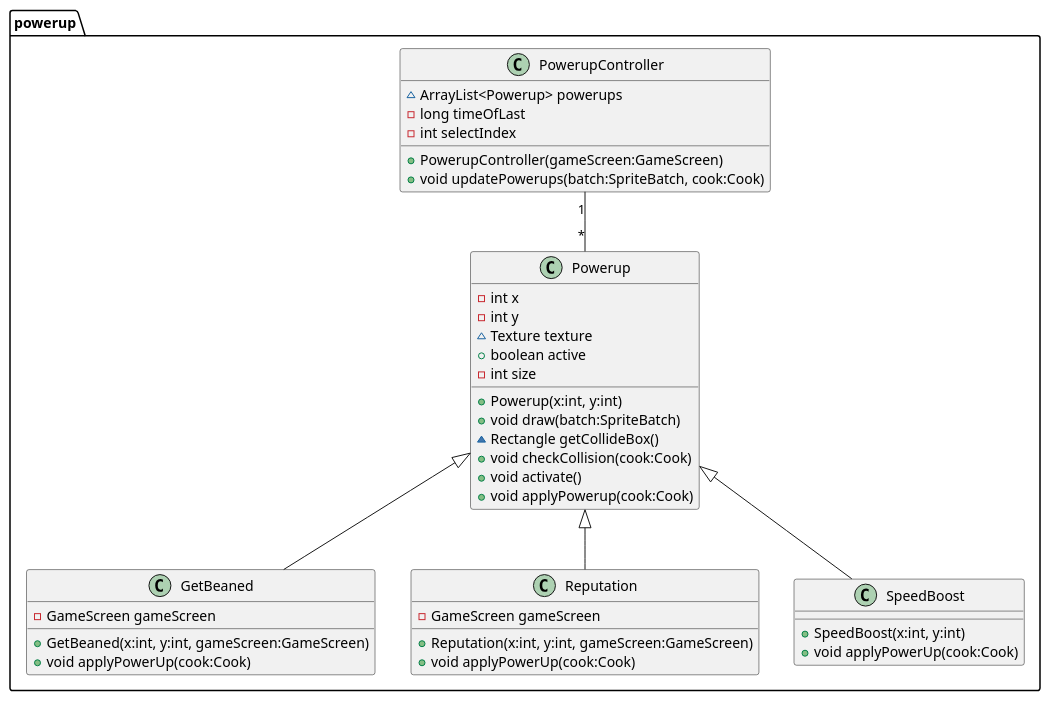
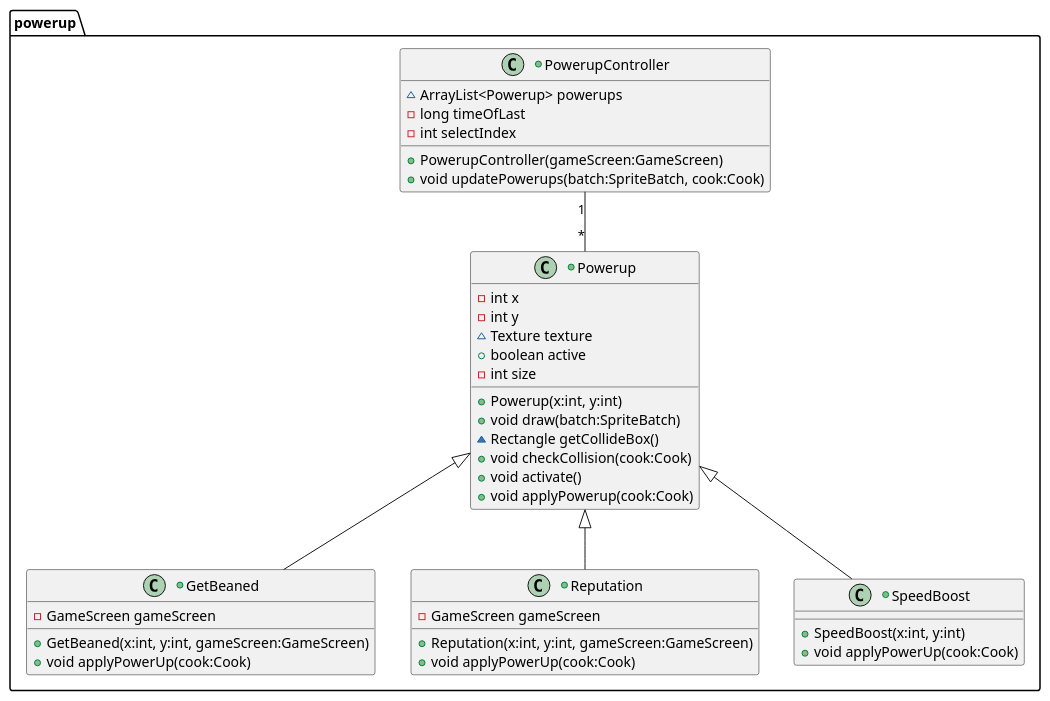
The diagram in UMLDiagrams/powerup_package.puml (decassociation/project_eng1_team3), drawn with PlantUML before and after one commit. The commit also changed 2 other files, not shown here.

Commit message:
Class diagrams are near enough finished. Just need checking over and the STATE enum in food_and_entity_packages.puml needs sorting

```diff
--- a/UMLDiagrams/powerup_package.puml
+++ b/UMLDiagrams/powerup_package.puml
@@ -1,49 +1,49 @@
 @startuml
 'https://plantuml.com/class-diagram
 
 package "powerup"{
 
 PowerupController "1" -- "*" Powerup
 
-class GetBeaned extends Powerup{
++class GetBeaned extends Powerup{
 -GameScreen gameScreen
 +GetBeaned(x:int, y:int, gameScreen:GameScreen)
 +void applyPowerUp(cook:Cook)
 }
 
-class Powerup{
++class Powerup{
 -int x
 -int y
 ~Texture texture
 +boolean active
 -int size
 +Powerup(x:int, y:int)
 +void draw(batch:SpriteBatch)
 ~Rectangle getCollideBox()
 +void checkCollision(cook:Cook)
 +void activate()
 +void applyPowerup(cook:Cook)
 }
 
-class PowerupController{
++class PowerupController{
 ~ArrayList<Powerup> powerups
 -long timeOfLast
 -int selectIndex
 +PowerupController(gameScreen:GameScreen)
 +void updatePowerups(batch:SpriteBatch, cook:Cook)
 }
 
-class Reputation extends Powerup{
++class Reputation extends Powerup{
 -GameScreen gameScreen
 +Reputation(x:int, y:int, gameScreen:GameScreen)
 +void applyPowerUp(cook:Cook)
 }
 
-class SpeedBoost extends Powerup{
++class SpeedBoost extends Powerup{
 +SpeedBoost(x:int, y:int)
 +void applyPowerUp(cook:Cook)
 }
 
 }
 
 @enduml
```
